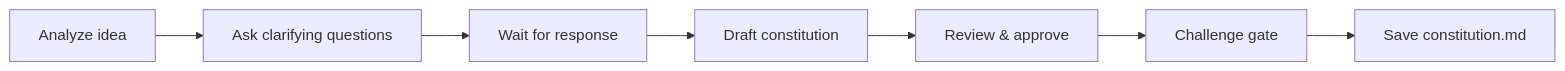
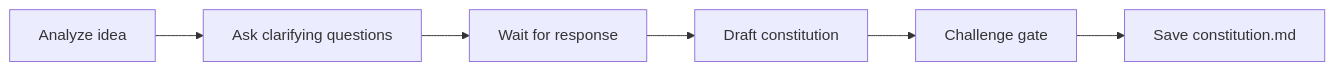
One commit to ai-driven-dev/framework changed the diagram in skills/pm-constitution/SKILL.md. Above: the diagram before and after it, drawn with Mermaid. The commit also changed other lines of this file and 32 other files, not shown here.

First line of the commit message:
refactor: simplify agents, enforce template adherence, align flows with courses

````diff
--- a/skills/pm-constitution/SKILL.md
+++ b/skills/pm-constitution/SKILL.md
@@ -32,4 +32,4 @@
 ```mermaid
 flowchart LR
-    A[Analyze idea] --> B[Ask clarifying questions] --> C[Wait for response] --> D[Draft constitution] --> E[Review & approve] --> F[Challenge gate] --> G[Save constitution.md]
+    A[Analyze idea] --> B[Ask clarifying questions] --> C[Wait for response] --> D[Draft constitution] --> E[Challenge gate] --> F[Save constitution.md]
 ```
````
